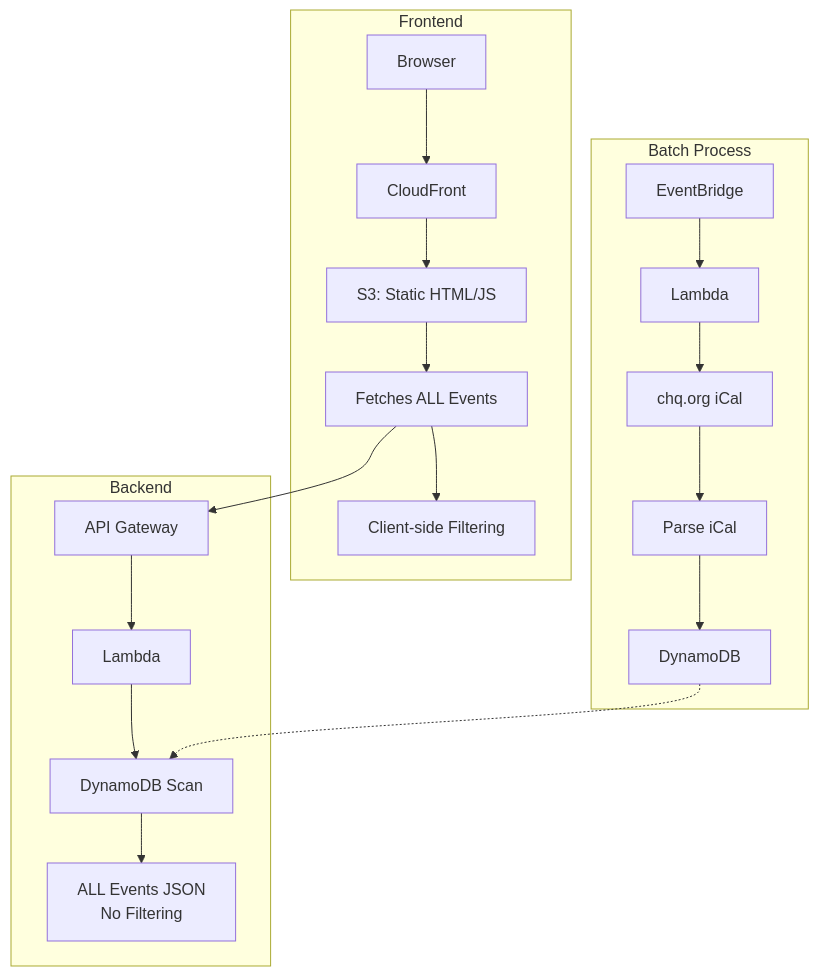
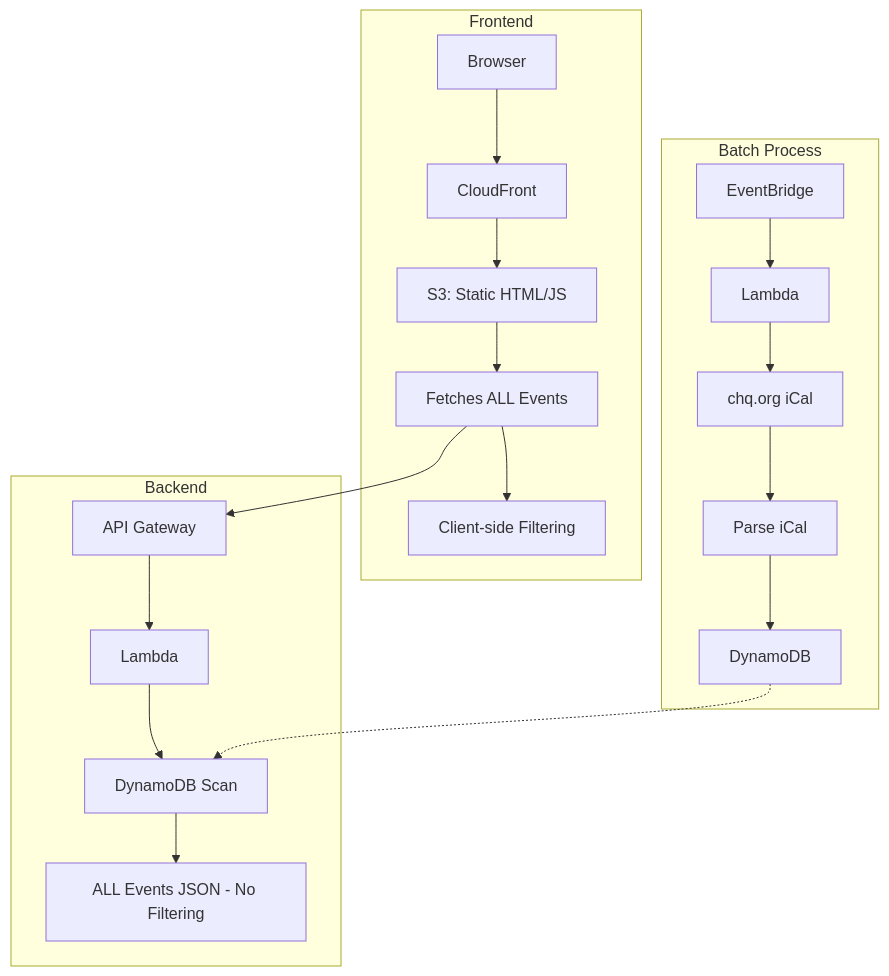
One commit to bbernstein/chq-calendar changed the second of 8 diagrams in docs/DEVELOPMENT_HISTORY.md. Above: the diagram before and after it, drawn with Mermaid. The commit also changed other lines of this file, not shown here.

First line of the commit message:
Remove HTML <br/> tags from Mermaid diagrams for GitHub compatibility

````diff
--- a/docs/DEVELOPMENT_HISTORY.md
+++ b/docs/DEVELOPMENT_HISTORY.md
@@ -46,25 +46,25 @@
 ```mermaid
 graph TB
     subgraph Frontend2[Frontend]
         Browser2[Browser] --> CF2[CloudFront]
         CF2 --> S3HTML2[S3: Static HTML/JS]
         S3HTML2 --> FetchAll[Fetches ALL Events]
         FetchAll --> ClientFilter[Client-side Filtering]
     end
     
     subgraph Backend2[Backend]
         FetchAll --> APIGW2[API Gateway]
         APIGW2 --> Lambda3[Lambda]
         Lambda3 --> DDBScan[DynamoDB Scan]
-        DDBScan --> AllJSON[ALL Events JSON<br/>No Filtering]
+        DDBScan --> AllJSON[ALL Events JSON - No Filtering]
     end
     
     subgraph BatchProcess2[Batch Process]
         Schedule2[EventBridge] --> Lambda4[Lambda]
         Lambda4 --> iCal2[chq.org iCal]
         iCal2 --> Parse2[Parse iCal]
         Parse2 --> DDB3[DynamoDB]
     end
     
     DDB3 -.-> DDBScan
 ```
````
